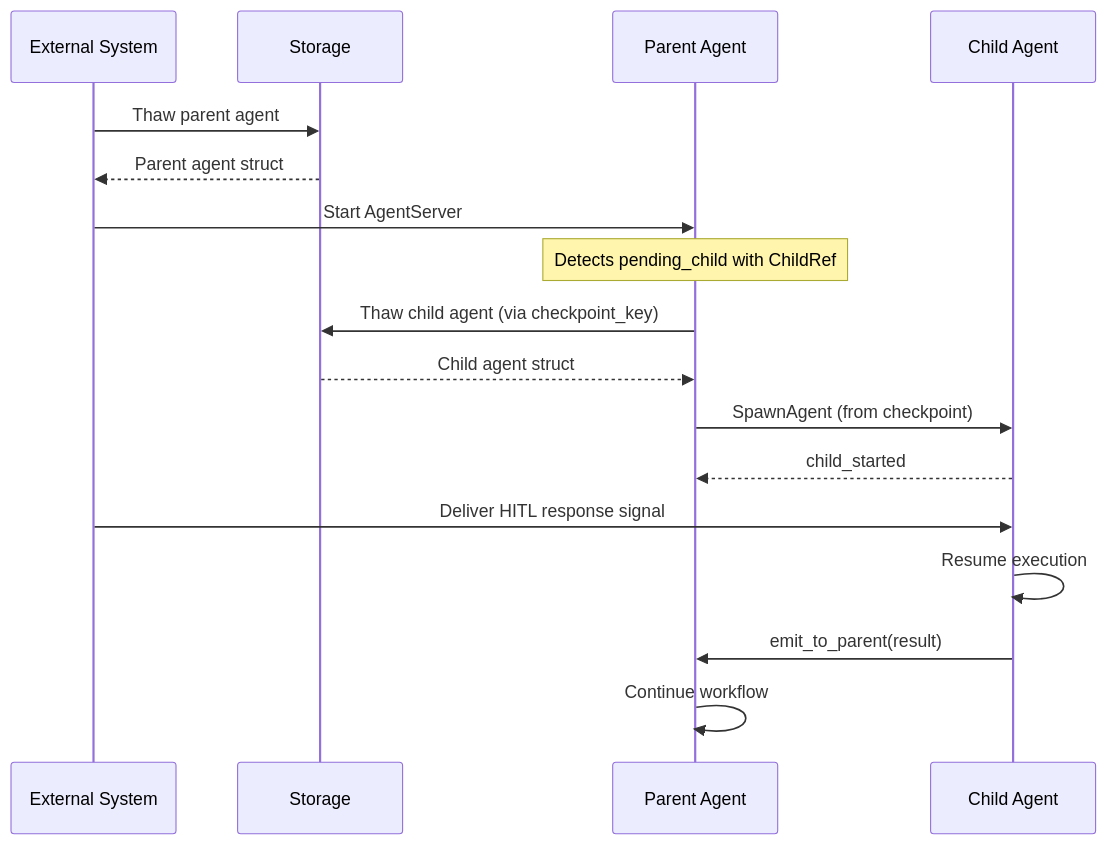
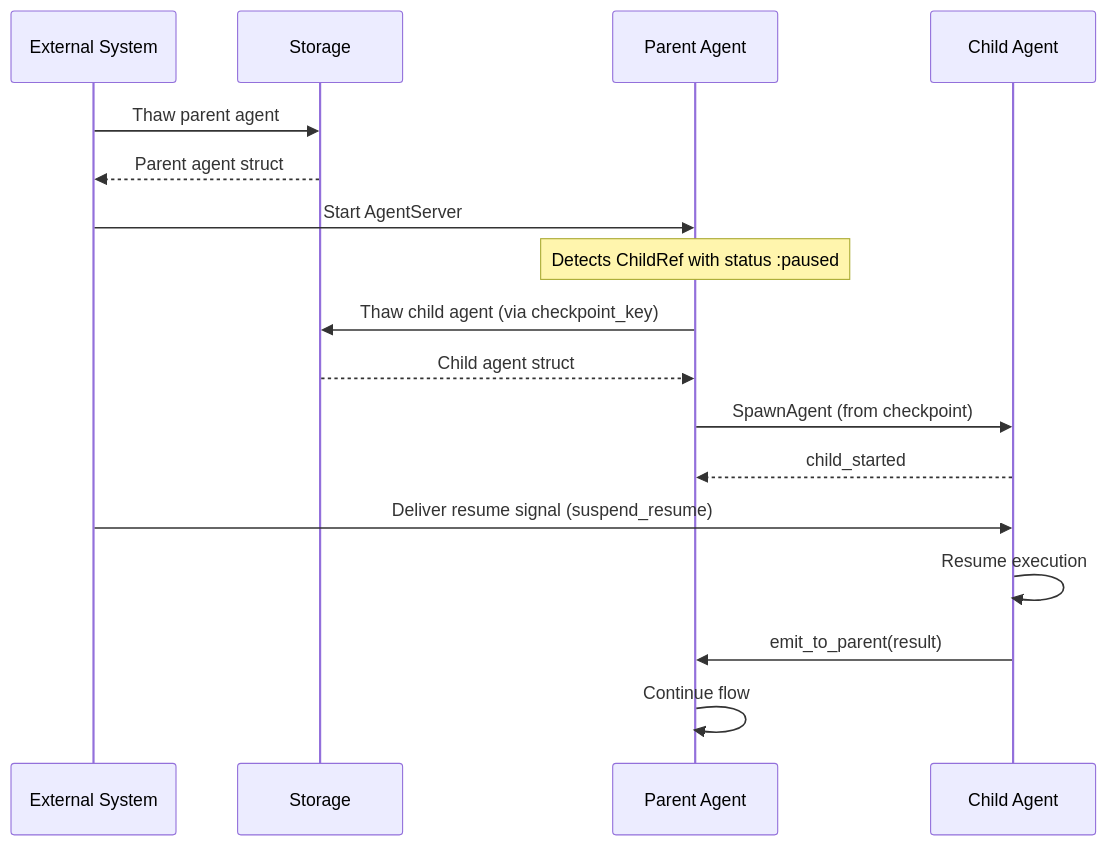
The third of 3 diagrams in docs/design/hitl/persistence.md (lostbean/jido_composer), drawn with Mermaid before and after one commit. The commit also changed other lines of this file and 17 other files, not shown here.

````diff
--- a/docs/design/hitl/persistence.md
+++ b/docs/design/hitl/persistence.md
@@ -104,20 +172,20 @@
 ```mermaid
 sequenceDiagram
     participant Ext as External System
     participant Store as Storage
     participant Parent as Parent Agent
     participant Child as Child Agent
 
     Ext->>Store: Thaw parent agent
     Store-->>Ext: Parent agent struct
     Ext->>Parent: Start AgentServer
-    Note over Parent: Detects pending_child with ChildRef
+    Note over Parent: Detects ChildRef with status :paused
     Parent->>Store: Thaw child agent (via checkpoint_key)
     Store-->>Parent: Child agent struct
     Parent->>Child: SpawnAgent (from checkpoint)
     Child-->>Parent: child_started
-    Ext->>Child: Deliver HITL response signal
+    Ext->>Child: Deliver resume signal (suspend_resume)
     Child->>Child: Resume execution
     Child->>Parent: emit_to_parent(result)
-    Parent->>Parent: Continue workflow
+    Parent->>Parent: Continue flow
 ```
````
